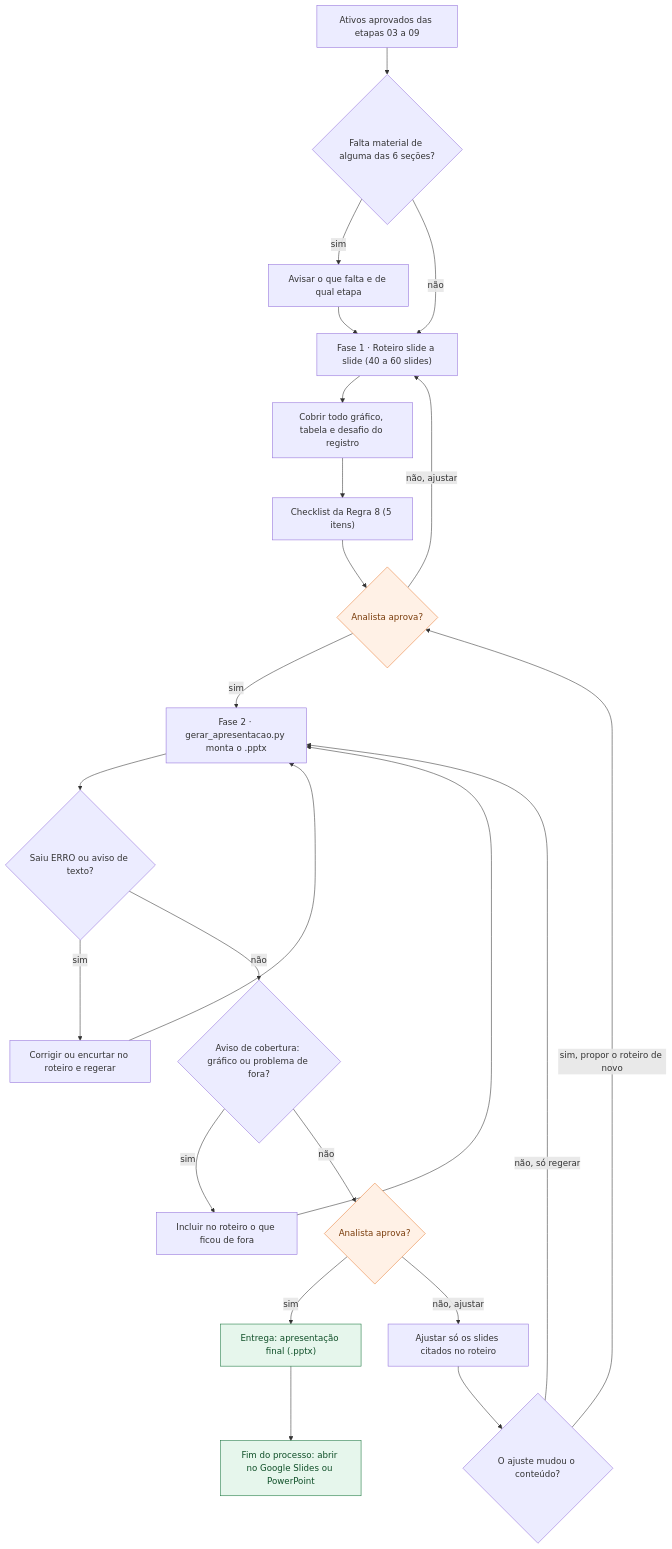
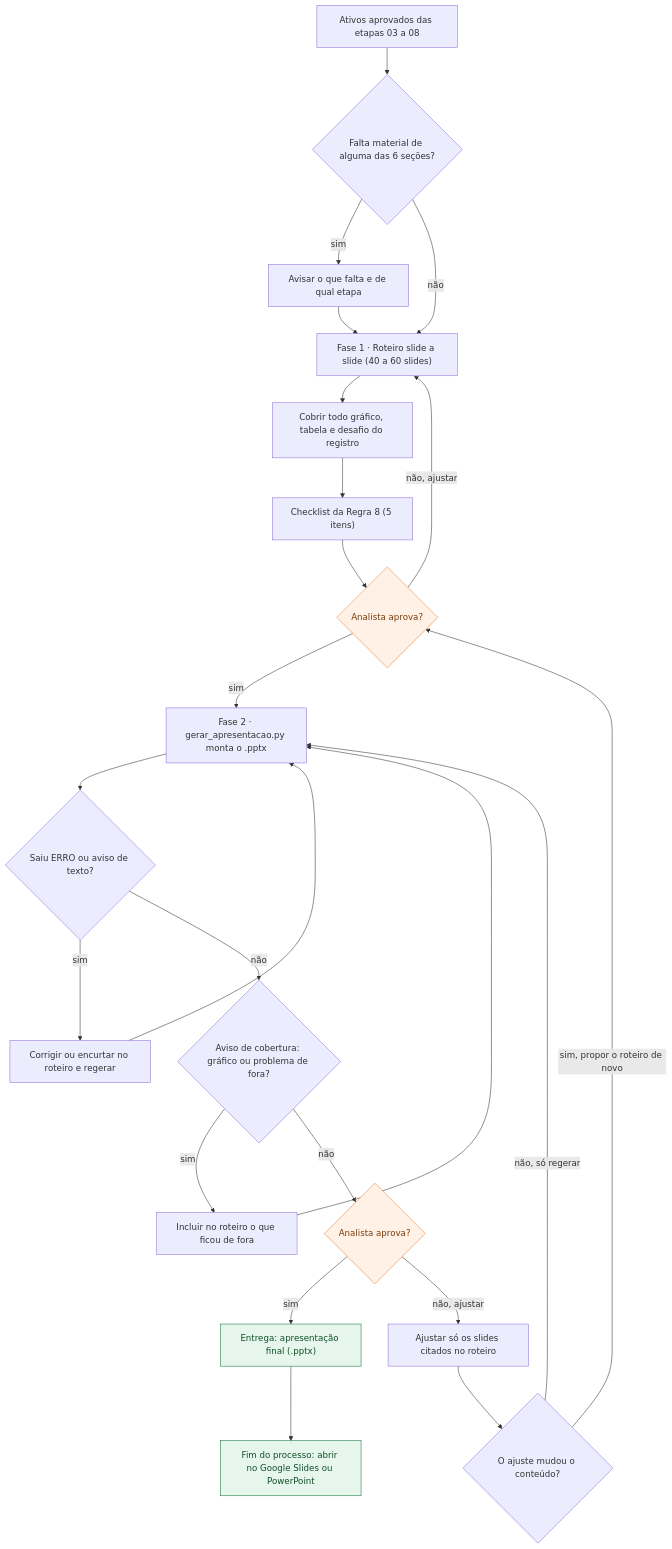
One commit to MatheusBoomer/growth-cycle-boomer changed the diagram in .claude/skills/09-apresentacao-final/fluxo.mmd. Above: the diagram before and after it, drawn with Mermaid. The commit also changed 39 other files, not shown here.

```diff
--- a/.claude/skills/09-apresentacao-final/fluxo.mmd
+++ b/.claude/skills/09-apresentacao-final/fluxo.mmd
@@ -1,47 +1,47 @@
 flowchart TD
-  I1["Ativos aprovados das etapas 03 a 09"]
+  I1["Ativos aprovados das etapas 03 a 08"]
   D1{"Falta material de alguma das 6 seções?"}
   P1["Avisar o que falta e de qual etapa"]
   P2["Fase 1 · Roteiro slide a slide (40 a 60 slides)"]
   P3["Cobrir todo gráfico, tabela e desafio do registro"]
   P4["Checklist da Regra 8 (5 itens)"]
   C1{"Analista aprova?"}
   P5["Fase 2 · gerar_apresentacao.py monta o .pptx"]
   D2{"Saiu ERRO ou aviso de texto?"}
   P6["Corrigir ou encurtar no roteiro e regerar"]
   D3{"Aviso de cobertura: gráfico ou problema de fora?"}
   P8["Incluir no roteiro o que ficou de fora"]
   C2{"Analista aprova?"}
   P7["Ajustar só os slides citados no roteiro"]
   D4{"O ajuste mudou o conteúdo?"}
   E1["Entrega: apresentação final (.pptx)"]
   FIM["Fim do processo: abrir no Google Slides ou PowerPoint"]
 
   I1 --> D1
   D1 -->|"sim"| P1
   D1 -->|"não"| P2
   P1 --> P2
   P2 --> P3
   P3 --> P4
   P4 --> C1
   C1 -->|"sim"| P5
   C1 -->|"não, ajustar"| P2
   P5 --> D2
   D2 -->|"sim"| P6
   P6 --> P5
   D2 -->|"não"| D3
   D3 -->|"sim"| P8
   P8 --> P5
   D3 -->|"não"| C2
   C2 -->|"sim"| E1
   C2 -->|"não, ajustar"| P7
   P7 --> D4
   D4 -->|"sim, propor o roteiro de novo"| C1
   D4 -->|"não, só regerar"| P5
   E1 --> FIM
 
   class C1,C2 checkpoint
   class E1,FIM entrega
   classDef checkpoint fill:#fff1e6,stroke:#e8803a,color:#7a3d0c
   classDef subagente fill:#e8f0fd,stroke:#1f4fa8,color:#173a7a
   classDef entrega fill:#e6f6ec,stroke:#16743b,color:#0f4f28
```
